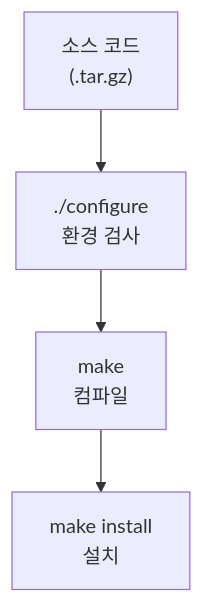
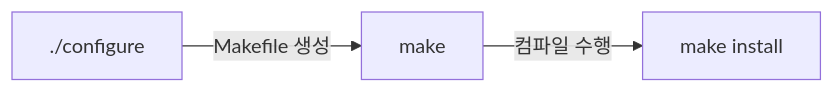
Before and after one commit to HamaPr/HamaPr.github.io: the diagram in _posts/linux/2025-09-17-Makefile_study.md, drawn with Mermaid. The commit also changed other lines of this file and 94 other files, not shown here.

````diff
--- a/_posts/linux/2025-09-17-Makefile_study.md
+++ b/_posts/linux/2025-09-17-Makefile_study.md
@@ -28,6 +16,5 @@
 ```mermaid
-flowchart TB
-    Source["소스 코드<br>(.tar.gz)"] --> Configure["./configure<br>환경 검사"]
-    Configure --> Make["make<br>컴파일"]
-    Make --> Install["make install<br>설치"]
+flowchart LR
+    Configure["./configure"] -->|Makefile 생성| Make["make"]
+    Make -->|컴파일 수행| Install["make install"]
 ```
````
